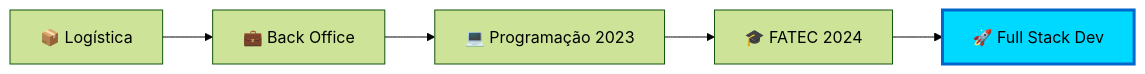
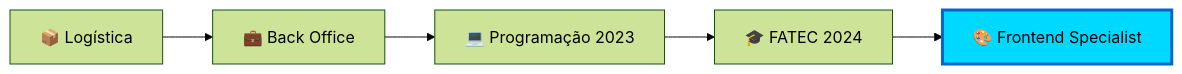
Before and after one commit to rafaslivka/bertoti: the diagram in Metodologia/reame.md, drawn with Mermaid (forest theme). The commit also changed other lines of this file, not shown here.

````diff
--- a/Metodologia/reame.md
+++ b/Metodologia/reame.md
@@ -36,8 +43,8 @@
 ```mermaid
 graph LR
     A[📦 Logística] --> B[💼 Back Office]
     B --> C[💻 Programação 2023]
     C --> D[🎓 FATEC 2024]
-    D --> E[🚀 Full Stack Dev]
+    D --> E[🎨 Frontend Specialist]
     style E fill:#00d9ff,stroke:#0066cc,stroke-width:3px
 ```
````
